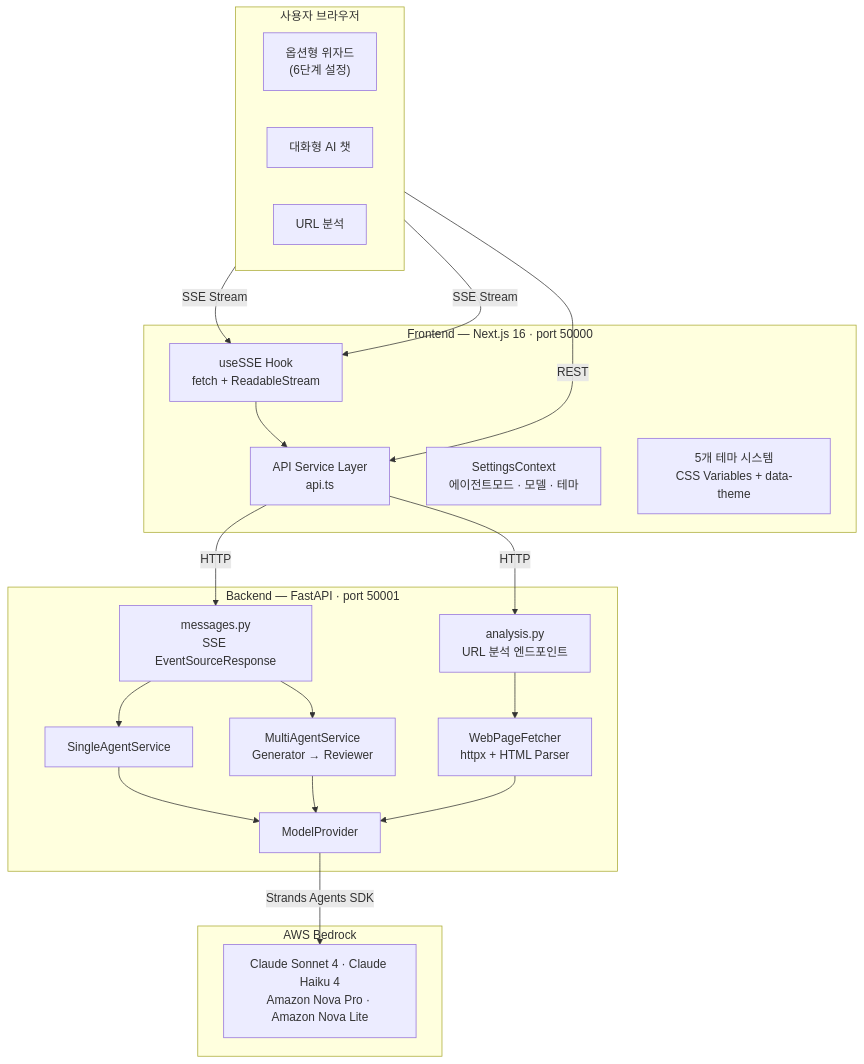
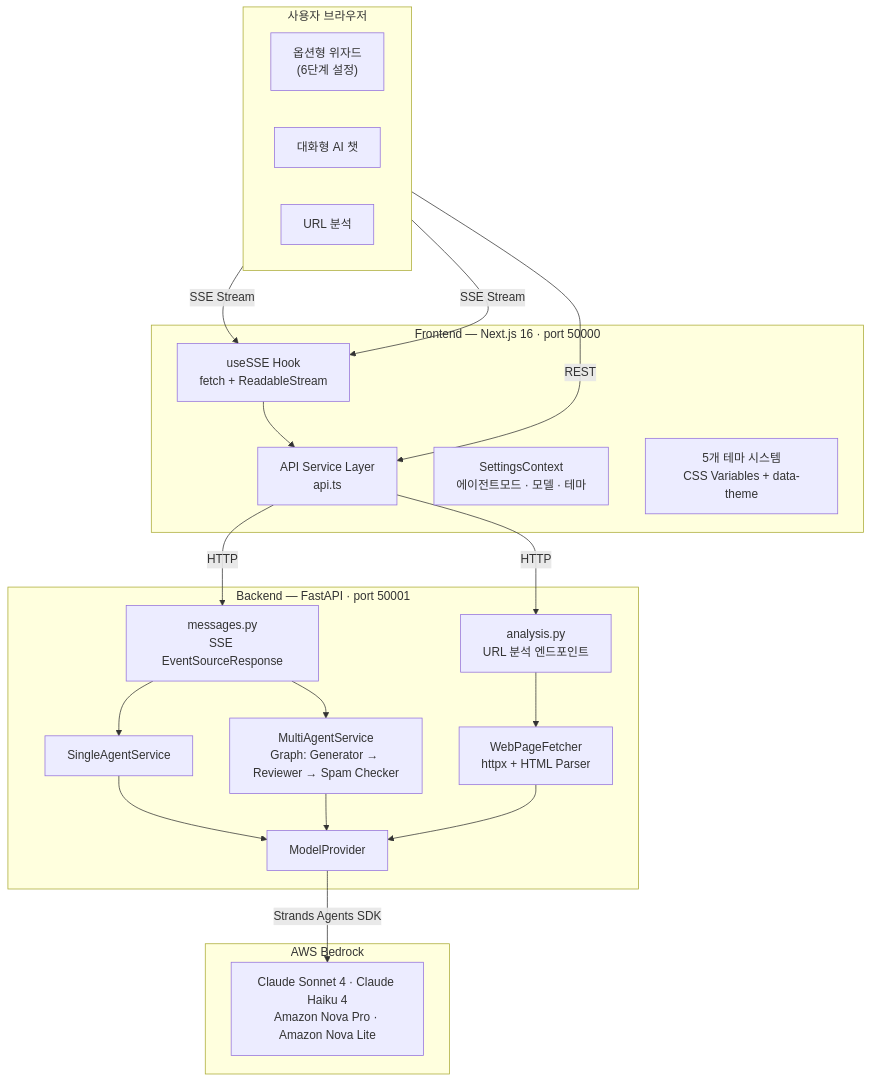
One commit to alipeople/aws-ai-poc-1 changed the first of 5 diagrams in README.md. Above: the diagram before and after it, drawn with Mermaid. The commit also changed other lines of this file and 10 other files, not shown here.

First line of the commit message:
feat: add Spam Checker sub-agent to multi-agent Graph pipeline

````diff
--- a/README.md
+++ b/README.md
@@ -17,43 +17,43 @@
 ```mermaid
 graph TD
     subgraph Browser["사용자 브라우저"]
         direction LR
         WIZARD["옵션형 위자드<br>(6단계 설정)"]
         CHAT["대화형 AI 챗"]
         URLINPUT["URL 분석"]
     end
 
     WIZARD -->|SSE Stream| HOOK
     CHAT -->|SSE Stream| HOOK
     URLINPUT -->|REST| APISVC
 
     subgraph FE["Frontend — Next.js 16 · port 50000"]
         HOOK["useSSE Hook<br>fetch + ReadableStream"]
         APISVC["API Service Layer<br>api.ts"]
         CTX["SettingsContext<br>에이전트모드 · 모델 · 테마"]
         THEME["5개 테마 시스템<br>CSS Variables + data-theme"]
         HOOK --> APISVC
     end
 
     APISVC -->|HTTP| MSGRT
     APISVC -->|HTTP| ANART
 
     subgraph BE["Backend — FastAPI · port 50001"]
         MSGRT["messages.py<br>SSE EventSourceResponse"]
         ANART["analysis.py<br>URL 분석 엔드포인트"]
 
         MSGRT --> SAS["SingleAgentService"]
-        MSGRT --> MAS["MultiAgentService<br>Generator → Reviewer"]
+        MSGRT --> MAS["MultiAgentService<br>Graph: Generator → Reviewer → Spam Checker"]
         ANART --> WPF["WebPageFetcher<br>httpx + HTML Parser"]
 
         SAS --> MP["ModelProvider"]
         MAS --> MP
         WPF --> MP
     end
 
     MP -->|Strands Agents SDK| LLM
 
     subgraph AWS["AWS Bedrock"]
         LLM["Claude Sonnet 4 · Claude Haiku 4<br>Amazon Nova Pro · Amazon Nova Lite"]
     end
 ```
````
